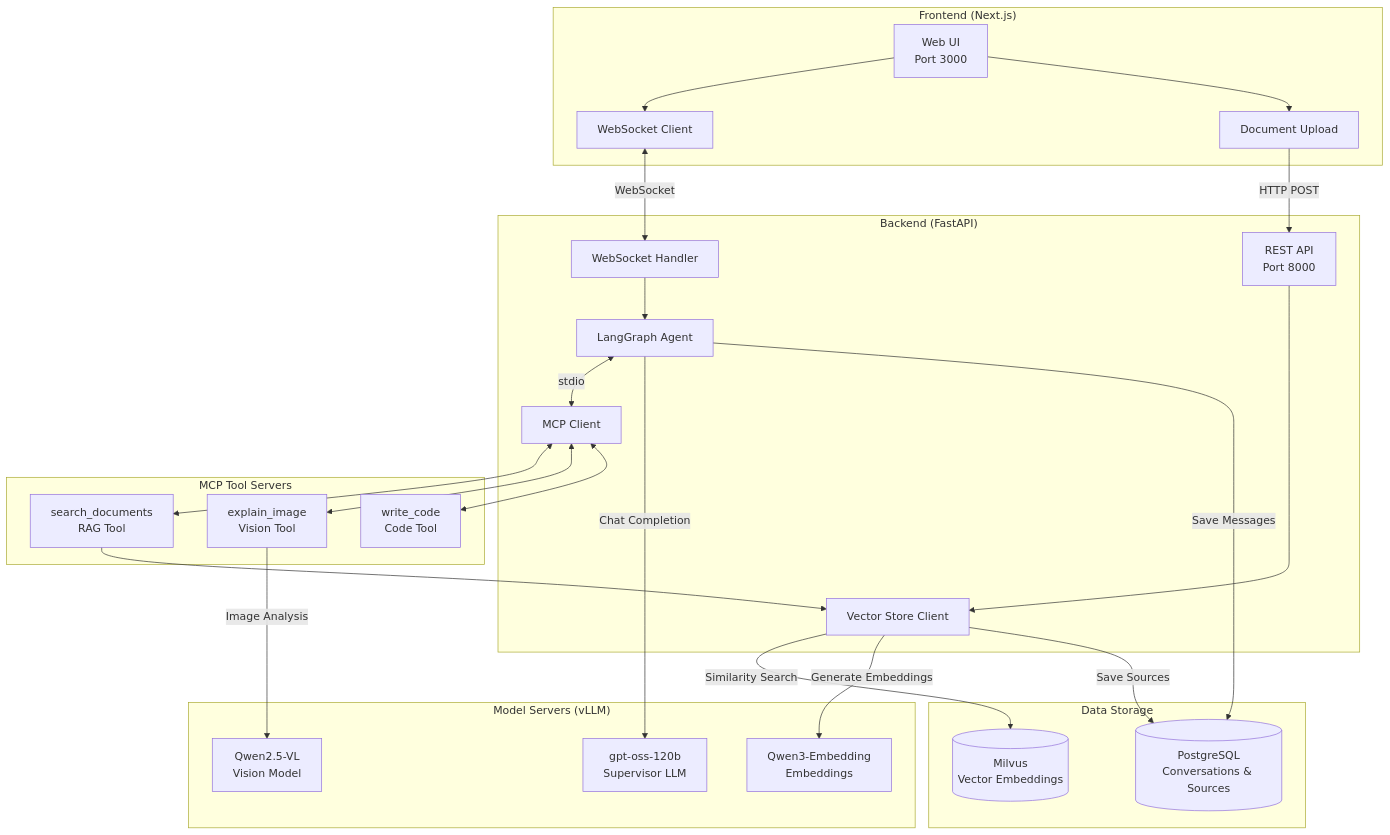
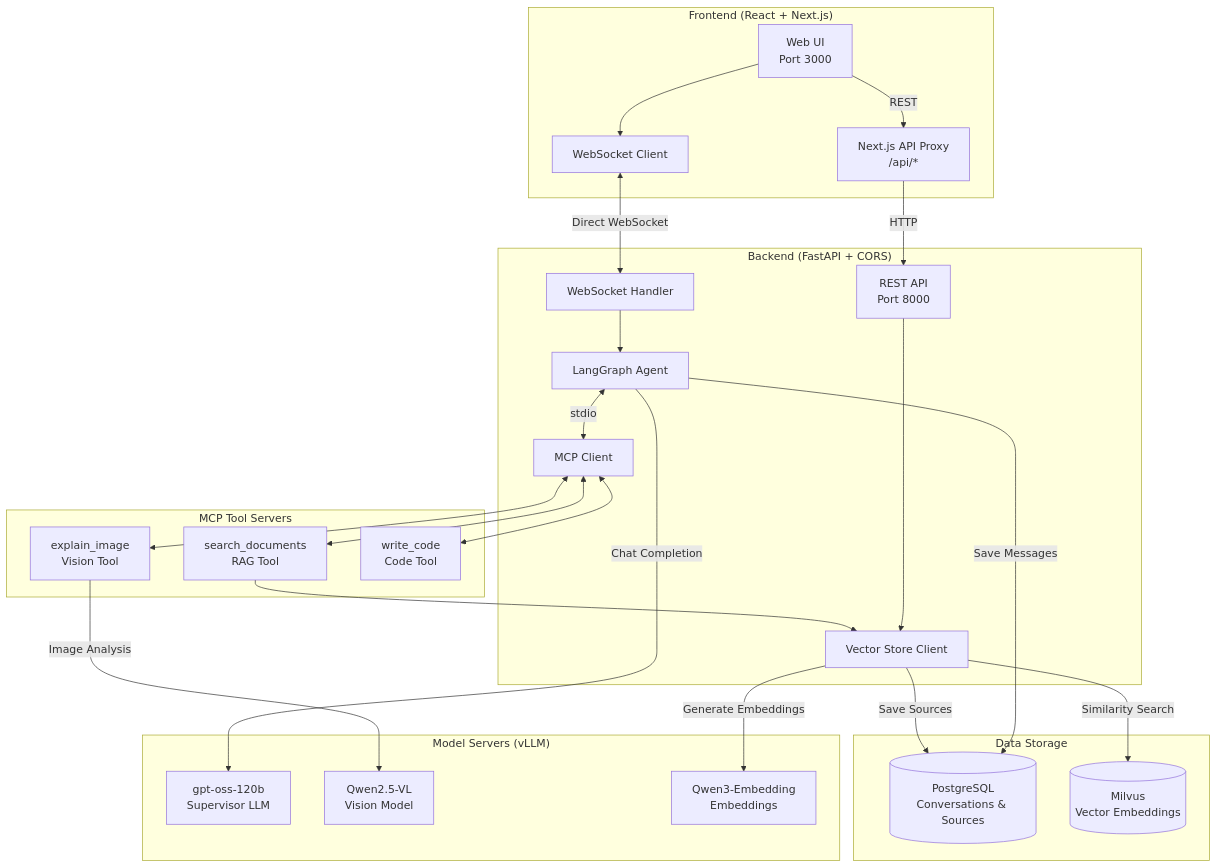
The first of 3 diagrams in README.md (devgig/rag-agent-chatbot), drawn with Mermaid before and after one commit. The commit also changed other lines of this file, not shown here.

Commit message:
Clarify architecture: Next.js proxy for REST, direct WebSocket
- Show Next.js API proxy in diagram for REST calls
- Show direct WebSocket connection to backend
- Add note explaining CORS handling strategy

🤖 Generated with [Claude Code](https://claude.com/claude-code)

````diff
--- a/README.md
+++ b/README.md
@@ -33,55 +33,55 @@
 ```mermaid
 flowchart TB
-    subgraph Frontend["Frontend (Next.js)"]
+    subgraph Frontend["Frontend (React + Next.js)"]
         UI[Web UI<br/>Port 3000]
+        Proxy[Next.js API Proxy<br/>/api/*]
         WS[WebSocket Client]
-        Upload[Document Upload]
     end
 
-    subgraph Backend["Backend (FastAPI)"]
+    subgraph Backend["Backend (FastAPI + CORS)"]
         API[REST API<br/>Port 8000]
         WSHandler[WebSocket Handler]
         Agent[LangGraph Agent]
         VectorStore[Vector Store Client]
         MCPClient[MCP Client]
     end
 
     subgraph MCPServers["MCP Tool Servers"]
         RAG[search_documents<br/>RAG Tool]
         Vision[explain_image<br/>Vision Tool]
         Code[write_code<br/>Code Tool]
     end
 
     subgraph Storage["Data Storage"]
         Postgres[(PostgreSQL<br/>Conversations & Sources)]
         Milvus[(Milvus<br/>Vector Embeddings)]
     end
 
     subgraph Models["Model Servers (vLLM)"]
         LLM[gpt-oss-120b<br/>Supervisor LLM]
         VLM[Qwen2.5-VL<br/>Vision Model]
         Embed[Qwen3-Embedding<br/>Embeddings]
     end
 
+    UI -->|REST| Proxy
+    Proxy -->|HTTP| API
     UI --> WS
-    UI --> Upload
-    WS <-->|WebSocket| WSHandler
-    Upload -->|HTTP POST| API
+    WS <-->|Direct WebSocket| WSHandler
 
     WSHandler --> Agent
     API --> VectorStore
 
     Agent <-->|stdio| MCPClient
     MCPClient <--> RAG
     MCPClient <--> Vision
     MCPClient <--> Code
 
     Agent -->|Chat Completion| LLM
     Vision -->|Image Analysis| VLM
     RAG --> VectorStore
     VectorStore -->|Similarity Search| Milvus
     VectorStore -->|Generate Embeddings| Embed
 
     Agent -->|Save Messages| Postgres
     VectorStore -->|Save Sources| Postgres
 ```
````
